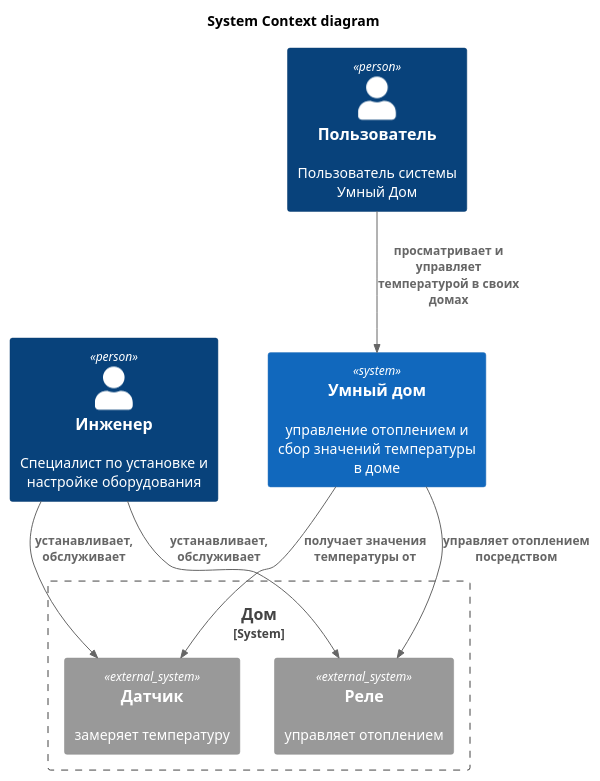
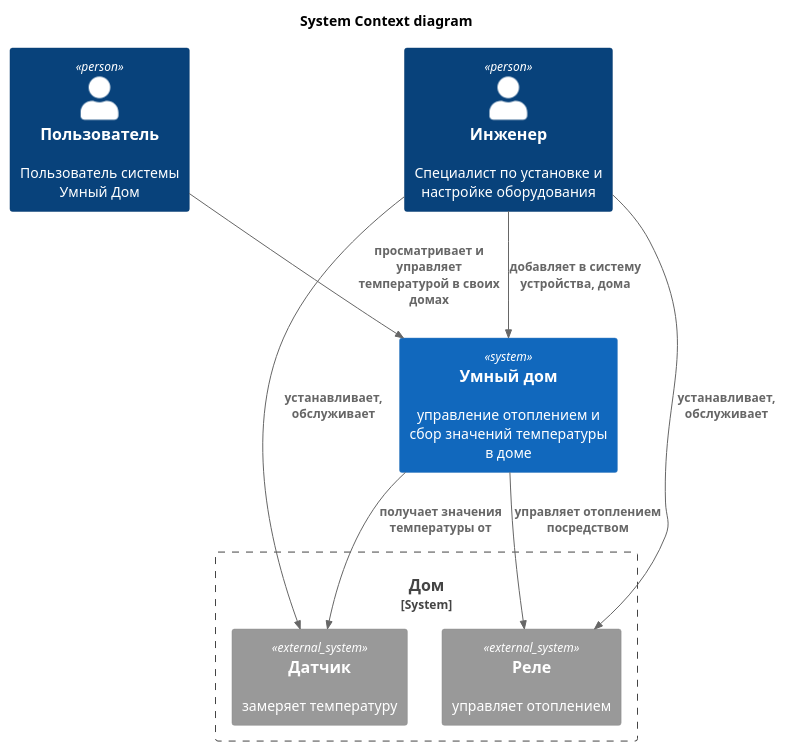
One commit to DevOranges/architecture-sprint-3 changed the diagram in diagrams/src/monolith/Context.puml. Above: the diagram before and after it, drawn with PlantUML. The commit also changed 4 other files, not shown here.

Commit message:
Upd relation home - module, add relation at context diagram, add monolith domain diagram

```diff
--- a/diagrams/src/monolith/Context.puml
+++ b/diagrams/src/monolith/Context.puml
@@ -1,22 +1,23 @@
 @startuml
 
 title System Context diagram
 
 !include https://raw.githubusercontent.com/plantuml-stdlib/C4-PlantUML/master/C4_Context.puml
 
 Person(specialist, "Инженер", "Специалист по установке и настройке оборудования")
 Person(user, "Пользователь", "Пользователь системы Умный Дом")
 
 System(Server, "Умный дом", "управление отоплением и сбор значений температуры в доме")
 System_Boundary(House, "Дом") {
     System_Ext(sensor, "Датчик", "замеряет температуру")
     System_Ext(relay, "Реле", "управляет отоплением")
 }
 
 Rel(user, Server, "просматривает и управляет температурой в своих домах")
 Rel(specialist, sensor, "устанавливает, обслуживает")
 Rel(specialist, relay, "устанавливает, обслуживает")
+Rel(specialist, Server, "добавляет в систему устройства, дома")
 Rel(Server, sensor, "получает значения температуры от")
 Rel(Server, relay, "управляет отоплением посредством")
 
 @enduml
```
